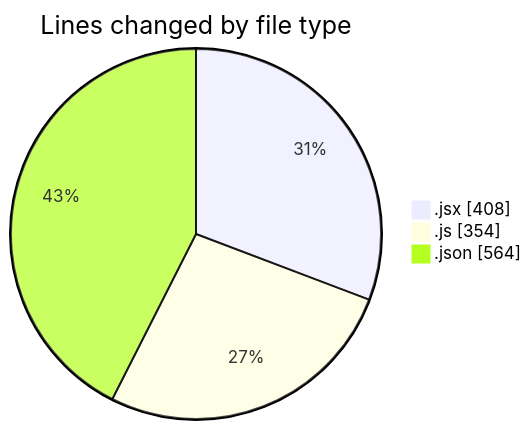
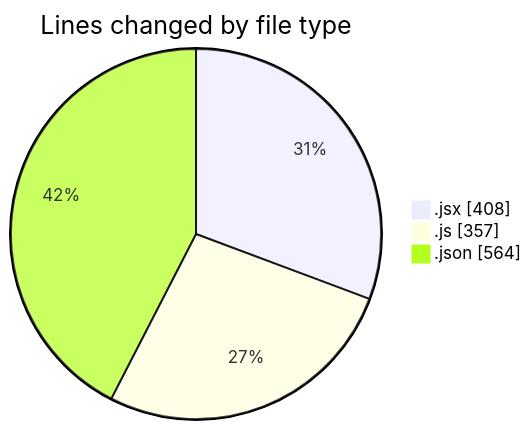
The first of 2 diagrams in 2025-06-27/nxtqube_webapp/README.md (nxtqubesakshisongat/code-tracking), drawn with Mermaid before and after one commit. The commit also changed other lines of this file and 1 other file, not shown here.

````diff
--- a/2025-06-27/nxtqube_webapp/README.md
+++ b/2025-06-27/nxtqube_webapp/README.md
@@ -22,7 +22,7 @@
 ```mermaid
 pie showData
 title Lines changed by file type
 ".jsx" : 408
-".js" : 354
+".js" : 357
 ".json" : 564
 ```
````
